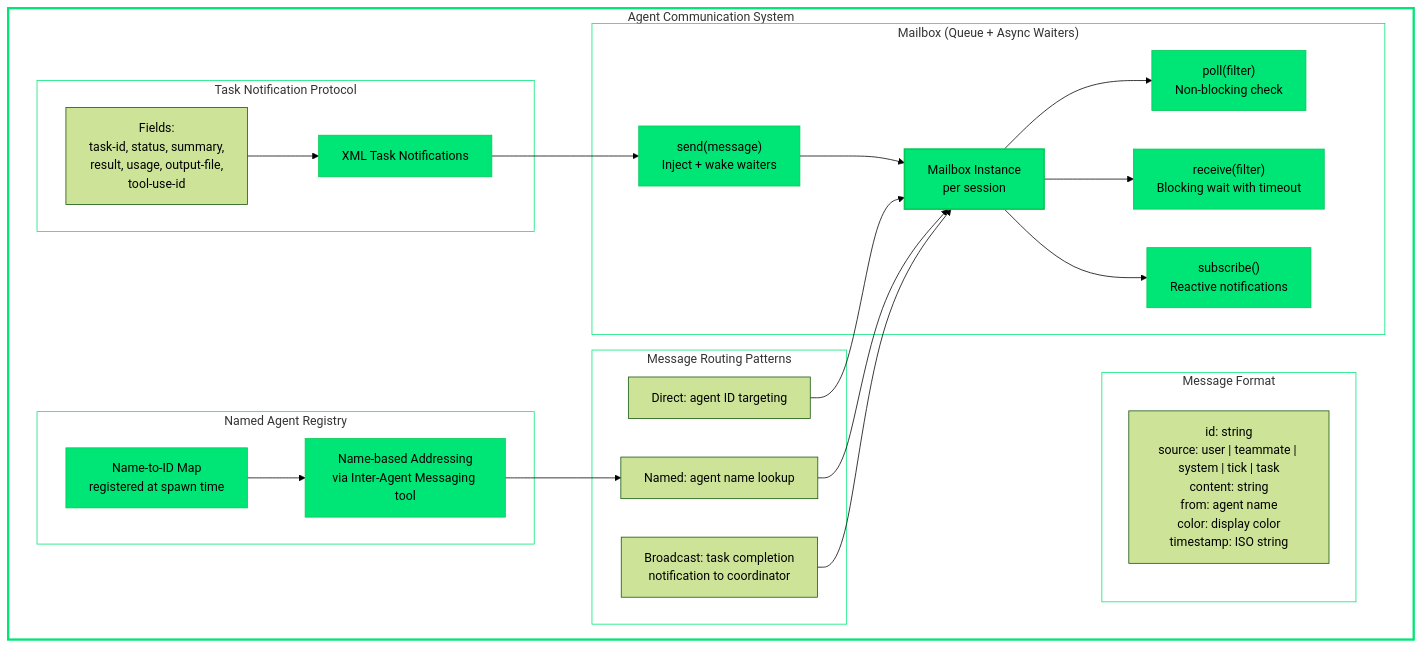
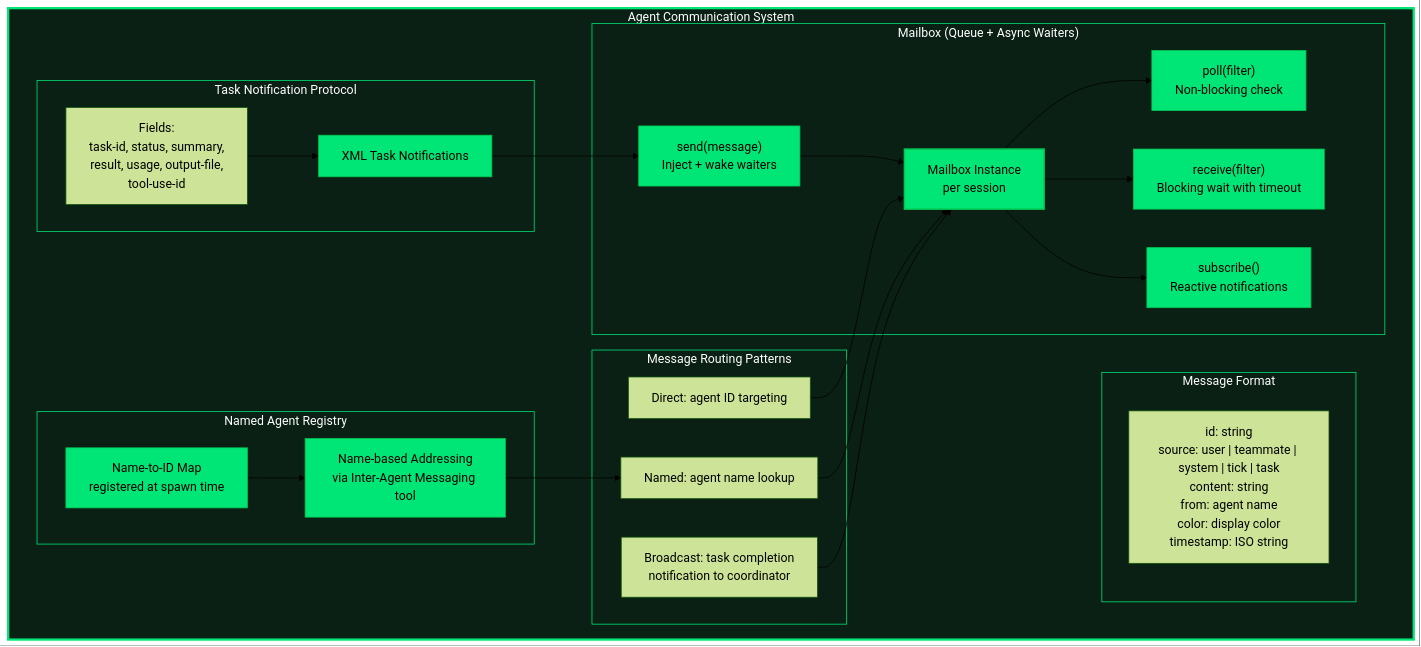
One commit to PavelValentov/multi-agent-architecture changed diagram 13 of 14 in DIAGRAMS.md. Above: the diagram before and after it, drawn with Mermaid (forest theme). The commit also changed other lines of this file, not shown here.

First line of the commit message:
Add consistent dark fills to all diagram subgraphs

````diff
--- a/DIAGRAMS.md
+++ b/DIAGRAMS.md
@@ -1026,59 +1042,59 @@
 ```mermaid
 graph TB
     subgraph AgentComm["Agent Communication System"]
         subgraph MailboxSystem["Mailbox (Queue + Async Waiters)"]
             MB_CLASS["Mailbox Instance<br/>per session"]
             SEND["send(message)<br/>Inject + wake waiters"]
             POLL["poll(filter)<br/>Non-blocking check"]
             RECEIVE["receive(filter)<br/>Blocking wait with timeout"]
             SUBSCRIBE["subscribe()<br/>Reactive notifications"]
         end
 
         subgraph MessageFormat["Message Format"]
             MSG_FIELDS["id: string<br/>source: user | teammate | system | tick | task<br/>content: string<br/>from: agent name<br/>color: display color<br/>timestamp: ISO string"]
         end
 
         subgraph TaskNotifications["Task Notification Protocol"]
             TASK_NOTIF["XML Task Notifications"]
             NOTIF_FIELDS["Fields:<br/>task-id, status, summary,<br/>result, usage, output-file,<br/>tool-use-id"]
         end
 
         subgraph NameRegistry["Named Agent Registry"]
             REG_MAP["Name-to-ID Map<br/>registered at spawn time"]
             LOOKUP["Name-based Addressing<br/>via Inter-Agent Messaging tool"]
         end
 
         subgraph MessageRouting["Message Routing Patterns"]
             DIRECT["Direct: agent ID targeting"]
             NAMED["Named: agent name lookup"]
             BROADCAST["Broadcast: task completion<br/>notification to coordinator"]
         end
     end
 
     SEND --> MB_CLASS
     MB_CLASS --> POLL
     MB_CLASS --> RECEIVE
     MB_CLASS --> SUBSCRIBE
     TASK_NOTIF --> SEND
     NOTIF_FIELDS --> TASK_NOTIF
     REG_MAP --> LOOKUP
     LOOKUP --> NAMED
     DIRECT --> MB_CLASS
     NAMED --> MB_CLASS
     BROADCAST --> MB_CLASS
 
-    style AgentComm fill:transparent,stroke:#00e676,stroke-width:3px
-    style MailboxSystem fill:transparent,stroke:#00e676,stroke-width:1px
-    style MessageFormat fill:transparent,stroke:#00e676,stroke-width:1px
-    style TaskNotifications fill:transparent,stroke:#00e676,stroke-width:1px
-    style NameRegistry fill:transparent,stroke:#00e676,stroke-width:1px
-    style MessageRouting fill:transparent,stroke:#00e676,stroke-width:1px
+    style AgentComm fill:#0a2015,stroke:#00e676,stroke-width:3px,color:#fff
+    style MailboxSystem fill:#0a2015,stroke:#00e676,stroke-width:1px,color:#fff
+    style MessageFormat fill:#0a2015,stroke:#00e676,stroke-width:1px,color:#fff
+    style TaskNotifications fill:#0a2015,stroke:#00e676,stroke-width:1px,color:#fff
+    style NameRegistry fill:#0a2015,stroke:#00e676,stroke-width:1px,color:#fff
+    style MessageRouting fill:#0a2015,stroke:#00e676,stroke-width:1px,color:#fff
     style MB_CLASS fill:#00e676,stroke:#00c853,stroke-width:2px,color:#000
     style SEND fill:#00e676,stroke:#00c853,stroke-width:1px,color:#000
     style POLL fill:#00e676,stroke:#00c853,stroke-width:1px,color:#000
     style RECEIVE fill:#00e676,stroke:#00c853,stroke-width:1px,color:#000
     style SUBSCRIBE fill:#00e676,stroke:#00c853,stroke-width:1px,color:#000
     style TASK_NOTIF fill:#00e676,stroke:#00c853,stroke-width:1px,color:#000
     style REG_MAP fill:#00e676,stroke:#00c853,stroke-width:1px,color:#000
     style LOOKUP fill:#00e676,stroke:#00c853,stroke-width:1px,color:#000
 ```
````
